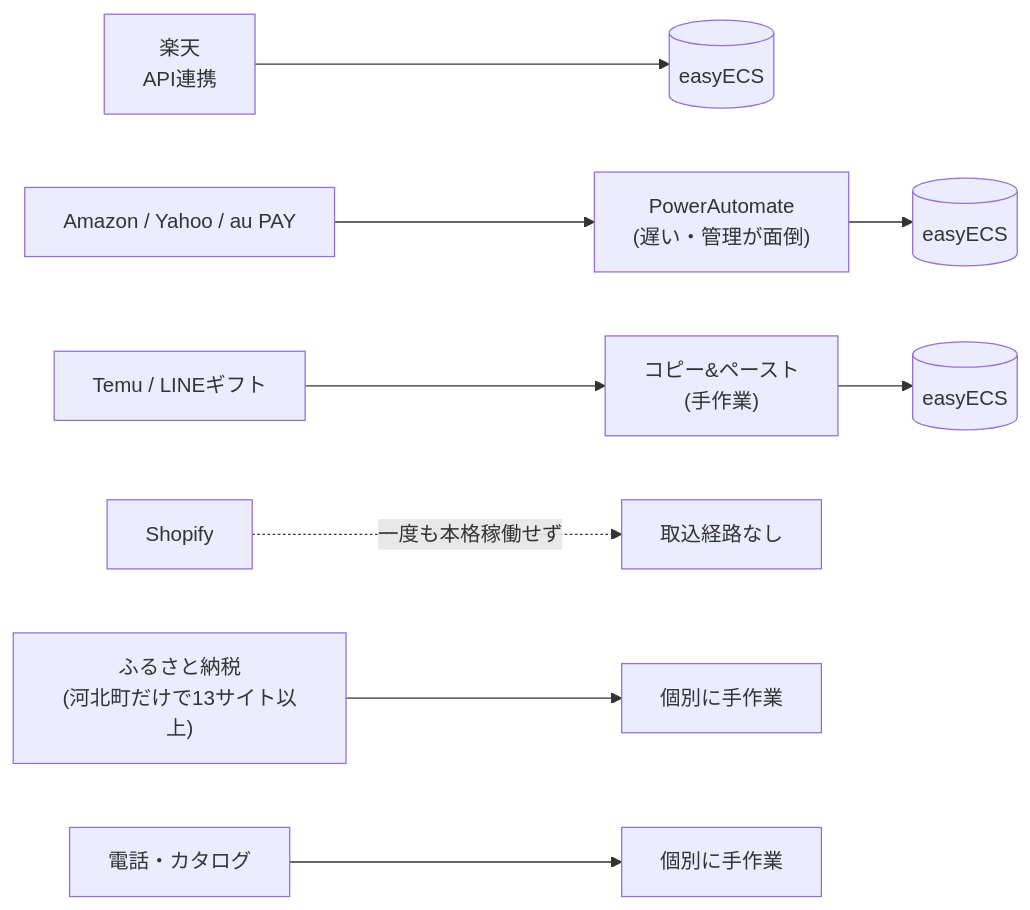
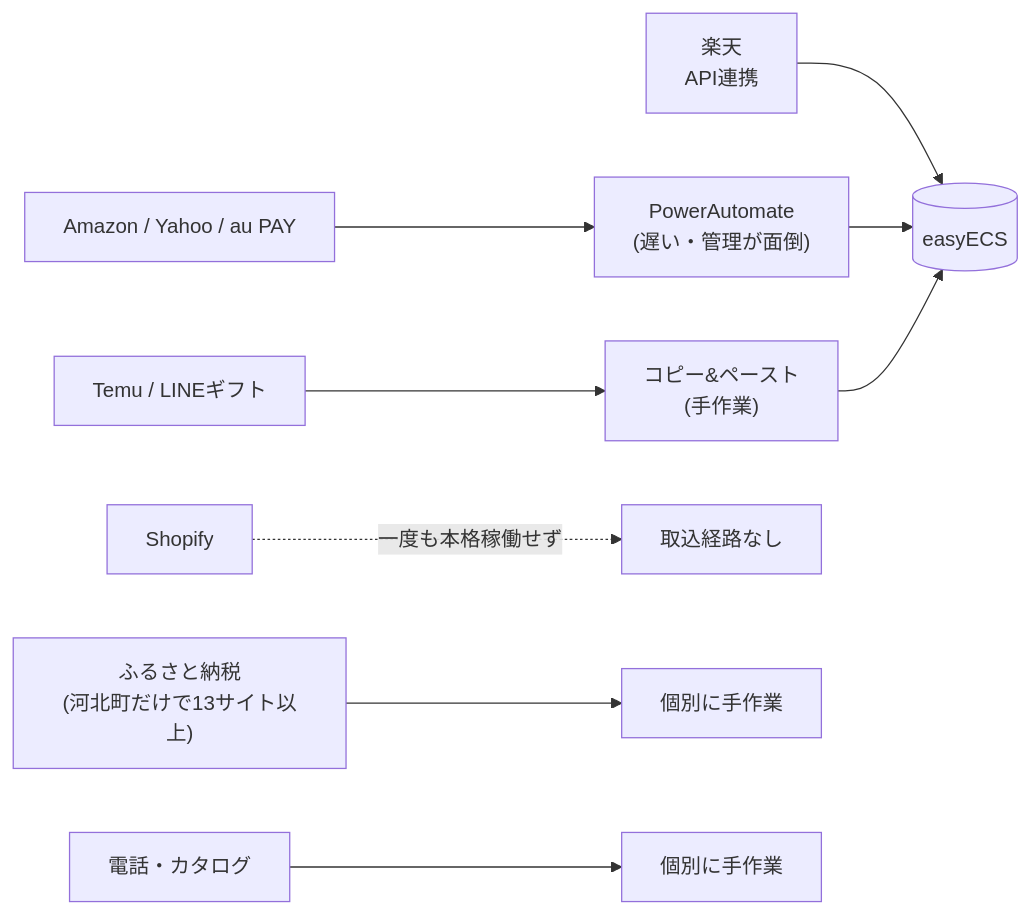
One commit to CHOISC1208/obisidian changed the first of 2 diagrams in 緑茶園グループ/打ち合わせ/2026-09-16/テーマ1 - 受注チャネル統合の方向性協議.md. Above: the diagram before and after it, drawn with Mermaid. The commit also changed other lines of this file and 1 other file, not shown here.

Commit message:
vault backup: 2026-09-15 23:23:31

````diff
--- a/緑茶園グループ/打ち合わせ/2026-09-16/テーマ1 - 受注チャネル統合の方向性協議.md
+++ b/緑茶園グループ/打ち合わせ/2026-09-16/テーマ1 - 受注チャネル統合の方向性協議.md
@@ -53,15 +53,15 @@
 ```mermaid
 flowchart LR
-    RAK["楽天<br/>API連携"] --> ECS1[("easyECS")]
+    RAK["楽天<br/>API連携"] --> ECS[("easyECS")]
 
     AYA["Amazon / Yahoo / au PAY"] --> PA["PowerAutomate<br/>(遅い・管理が面倒)"]
-    PA --> ECS2[("easyECS")]
+    PA --> ECS
 
     TML["Temu / LINEギフト"] --> COPY["コピー&ペースト<br/>(手作業)"]
-    COPY --> ECS3[("easyECS")]
+    COPY --> ECS
 
     SHP["Shopify"] -.->|一度も本格稼働せず| NONE["取込経路なし"]
 
     FTK["ふるさと納税<br/>(河北町だけで13サイト以上)"] --> HAND1["個別に手作業"]
     DEN["電話・カタログ"] --> HAND2["個別に手作業"]
 ```
````
